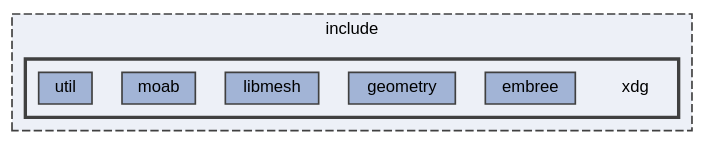
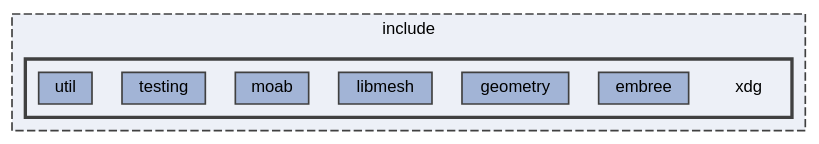
Before and after one commit to xdg-org/xdg: the diagram in dir_a61f77a295c6c4f25093e70f8496116a_dep.dot, drawn with Graphviz. The commit also changed 83 other files, not shown here.

```diff
--- a/dir_a61f77a295c6c4f25093e70f8496116a_dep.dot
+++ b/dir_a61f77a295c6c4f25093e70f8496116a_dep.dot
@@ -1,20 +1,21 @@
 digraph "/home/runner/work/xdg/xdg/include/xdg"
 {
  // LATEX_PDF_SIZE
   bgcolor="transparent";
   edge [fontname=Helvetica,fontsize=10,labelfontname=Helvetica,labelfontsize=10];
   node [fontname=Helvetica,fontsize=10,shape=box,height=0.2,width=0.4];
   compound=true
   subgraph clusterdir_d44c64559bbebec7f509842c48db8b23 {
     graph [ bgcolor="#edf0f7", pencolor="grey25", label="include", fontname=Helvetica,fontsize=10 style="filled,dashed", URL="dir_d44c64559bbebec7f509842c48db8b23.html",tooltip=""]
   subgraph clusterdir_a61f77a295c6c4f25093e70f8496116a {
     graph [ bgcolor="#edf0f7", pencolor="grey25", label="", fontname=Helvetica,fontsize=10 style="filled,bold", URL="dir_a61f77a295c6c4f25093e70f8496116a.html",tooltip=""]
     dir_a61f77a295c6c4f25093e70f8496116a [shape=plaintext, label="xdg"];
   dir_0e9a1f5b2dc242c30cd3ec2cf23b2db1 [label="embree", fillcolor="#a2b4d6", color="grey25", style="filled", URL="dir_0e9a1f5b2dc242c30cd3ec2cf23b2db1.html",tooltip=""];
   dir_d0797d6a65c20100356525fc25b828f9 [label="geometry", fillcolor="#a2b4d6", color="grey25", style="filled", URL="dir_d0797d6a65c20100356525fc25b828f9.html",tooltip=""];
   dir_2513797b164e1f7a7740b461ec5c1deb [label="libmesh", fillcolor="#a2b4d6", color="grey25", style="filled", URL="dir_2513797b164e1f7a7740b461ec5c1deb.html",tooltip=""];
   dir_bd2fbeccc8704c28d0a7b3705441d058 [label="moab", fillcolor="#a2b4d6", color="grey25", style="filled", URL="dir_bd2fbeccc8704c28d0a7b3705441d058.html",tooltip=""];
+  dir_47c3dfccc415b25782cdc631cd09b240 [label="testing", fillcolor="#a2b4d6", color="grey25", style="filled", URL="dir_47c3dfccc415b25782cdc631cd09b240.html",tooltip=""];
   dir_117e9415e31ef3e4f9e85da7f62d2105 [label="util", fillcolor="#a2b4d6", color="grey25", style="filled", URL="dir_117e9415e31ef3e4f9e85da7f62d2105.html",tooltip=""];
   }
   }
 }
```
